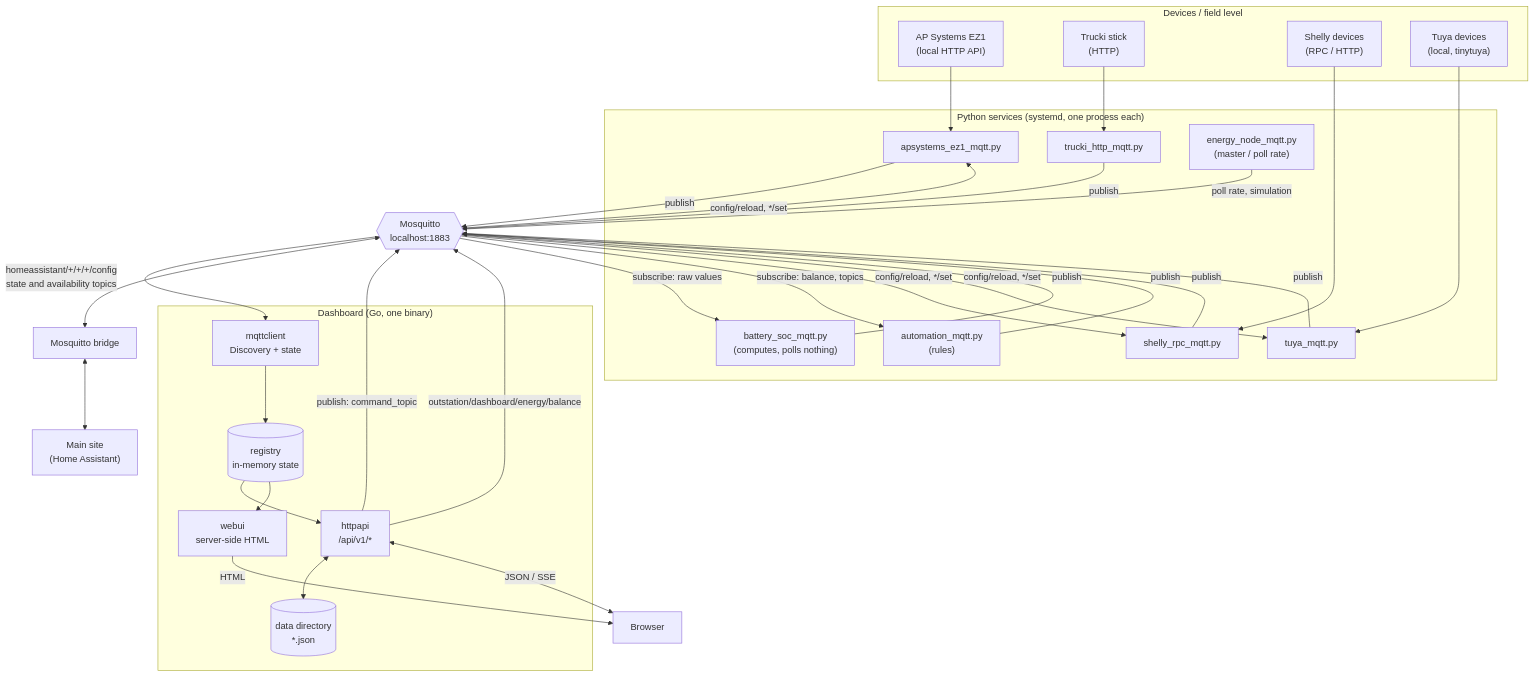
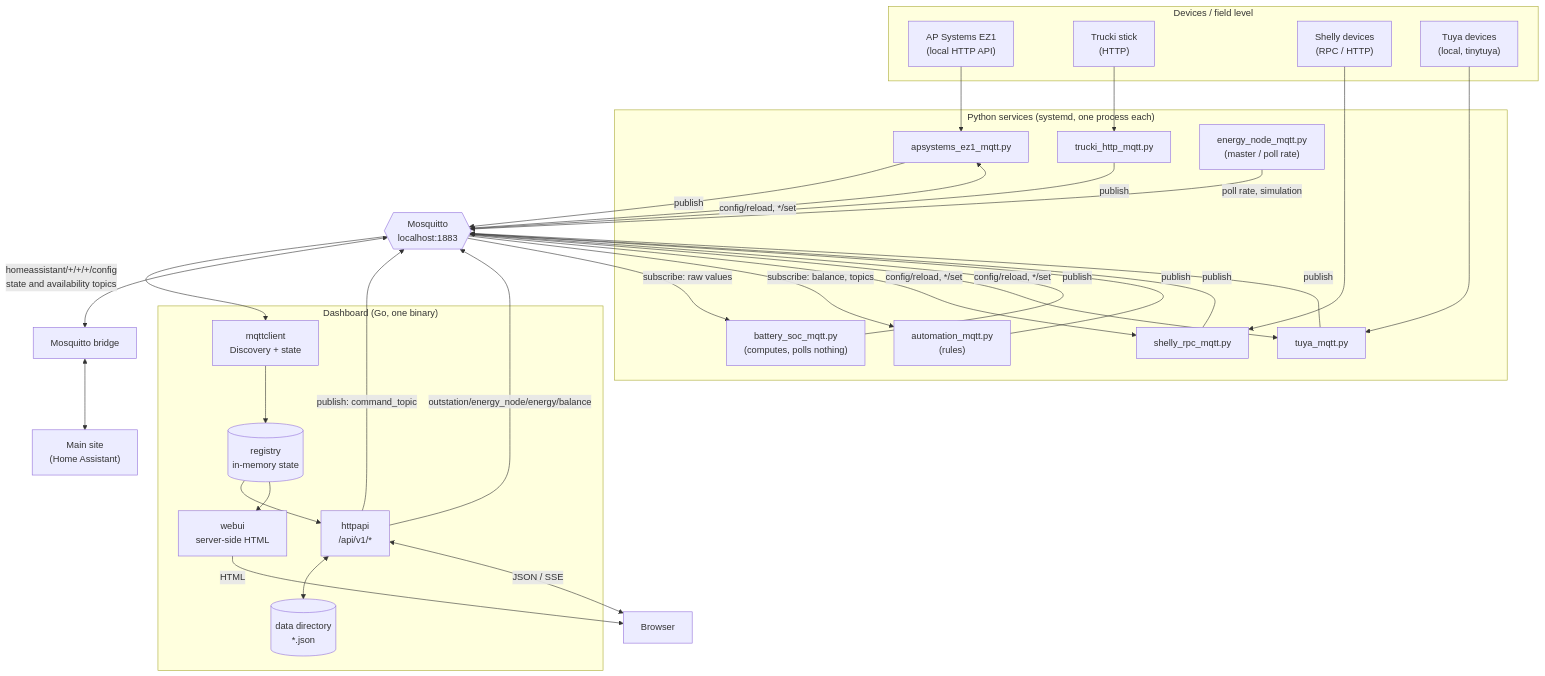
The first of 9 diagrams in docs/knowledge/data-flow.md (Developer-Simon/energy-node), drawn with Mermaid before and after one commit. The commit also changed other lines of this file and 18 other files, not shown here.

First line of the commit message:
feat!: move the dashboard's own topics under outstation/energy_node

````diff
--- a/docs/knowledge/data-flow.md
+++ b/docs/knowledge/data-flow.md
@@ -27,65 +27,65 @@
 ```mermaid
 flowchart TB
     subgraph Physik["Devices / field level"]
         AP["AP Systems EZ1<br/>(local HTTP API)"]
         TR["Trucki stick<br/>(HTTP)"]
         SH["Shelly devices<br/>(RPC / HTTP)"]
         TY["Tuya devices<br/>(local, tinytuya)"]
     end
 
     subgraph Bridges["Python services (systemd, one process each)"]
         APS["apsystems_ez1_mqtt.py"]
         TRS["trucki_http_mqtt.py"]
         SHS["shelly_rpc_mqtt.py"]
         TYS["tuya_mqtt.py"]
         BAT["battery_soc_mqtt.py<br/>(computes, polls nothing)"]
         AUT["automation_mqtt.py<br/>(rules)"]
         NODE["energy_node_mqtt.py<br/>(master / poll rate)"]
     end
 
     BROKER{{"Mosquitto<br/>localhost:1883"}}
 
     subgraph Dash["Dashboard (Go, one binary)"]
         MC["mqttclient<br/>Discovery + state"]
         REG[("registry<br/>in-memory state")]
         API["httpapi<br/>/api/v1/*"]
         WEB["webui<br/>server-side HTML"]
         FILES[("data directory<br/>*.json")]
     end
 
     BR["Mosquitto bridge"]
     HS["Main site<br/>(Home Assistant)"]
     BROWSER["Browser"]
 
     AP --> APS
     TR --> TRS
     SH --> SHS
     TY --> TYS
 
     APS -->|publish| BROKER
     TRS -->|publish| BROKER
     SHS -->|publish| BROKER
     TYS -->|publish| BROKER
     BAT -->|publish| BROKER
     AUT -->|publish| BROKER
     NODE -->|"poll rate, simulation"| BROKER
     BROKER -->|"subscribe: raw values"| BAT
     BROKER -->|"subscribe: balance, topics"| AUT
     BROKER -->|"config/reload, */set"| APS
     BROKER -->|"config/reload, */set"| SHS
     BROKER -->|"config/reload, */set"| TYS
 
     BROKER -->|"homeassistant/+/+/+/config<br/>state and availability topics"| MC
     MC --> REG
     REG --> API
     REG --> WEB
     API <--> FILES
     API -->|"publish: command_topic"| BROKER
-    API -->|"outstation/dashboard/energy/balance"| BROKER
+    API -->|"outstation/energy_node/energy/balance"| BROKER
 
     WEB -->|HTML| BROWSER
     API <-->|"JSON / SSE"| BROWSER
 
     BROKER <--> BR
     BR <--> HS
 ```
````
